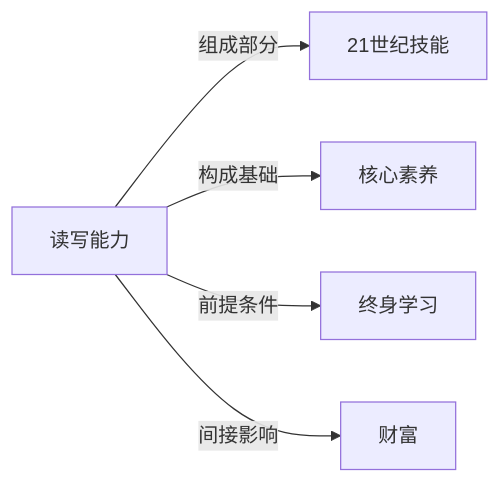
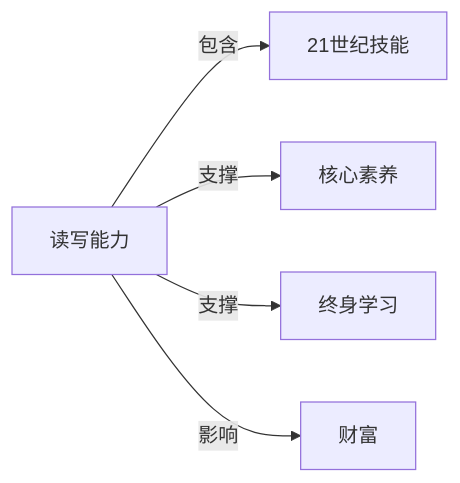
One commit to KIMMCHOW/MyKnowledge changed the diagram in Knowledge/Concepts/教育/读写能力.md. Above: the diagram before and after it, drawn with Mermaid. The commit also changed 95 other files, not shown here.

Commit message:
reorganize: 统一关系图边标签为11类

````diff
--- a/Knowledge/Concepts/教育/读写能力.md
+++ b/Knowledge/Concepts/教育/读写能力.md
@@ -46,7 +46,7 @@
 ```mermaid
 graph LR
-读写能力 -->|组成部分| 21世纪技能
-读写能力 -->|构成基础| 核心素养
-读写能力 -->|前提条件| 终身学习
-读写能力 -->|间接影响| 财富
+读写能力 -->|包含| 21世纪技能
+读写能力 -->|支撑| 核心素养
+读写能力 -->|支撑| 终身学习
+读写能力 -->|影响| 财富
 ```
````
